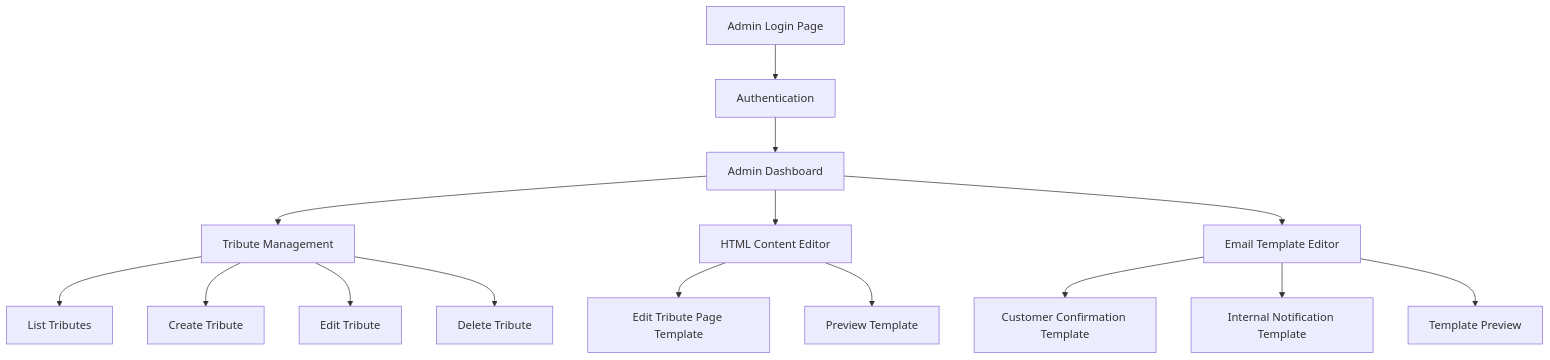
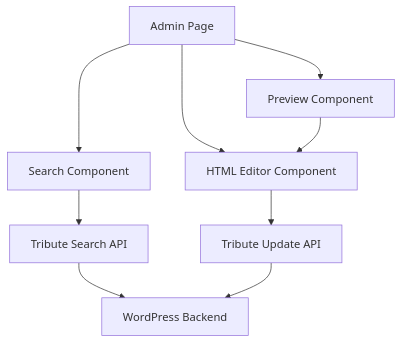
Before and after one commit to TimeMachine1994/TributetreamWebV1: the diagram in tributestream-admin-implementation-plan.md, drawn with Mermaid. The commit also changed other lines of this file and 9 other files, not shown here.

````diff
--- a/tributestream-admin-implementation-plan.md
+++ b/tributestream-admin-implementation-plan.md
@@ -9,20 +14,11 @@
 ```mermaid
-graph TD
-    A[Admin Login Page] --> B[Authentication]
-    B --> C[Admin Dashboard]
-    C --> D[Tribute Management]
-    C --> E[HTML Content Editor]
-    C --> F[Email Template Editor]
-    
-    D --> D1[List Tributes]
-    D --> D2[Create Tribute]
-    D --> D3[Edit Tribute]
-    D --> D4[Delete Tribute]
-    
-    E --> E1[Edit Tribute Page Template]
-    E --> E2[Preview Template]
-    
-    F --> F1[Customer Confirmation Template]
-    F --> F2[Internal Notification Template]
-    F --> F3[Template Preview]
+flowchart TD
+    A[Admin Page] --> B[Search Component]
+    A --> C[HTML Editor Component]
+    A --> D[Preview Component]
+    B --> E[Tribute Search API]
+    C --> F[Tribute Update API]
+    D --> C
+    E --> G[WordPress Backend]
+    F --> G
 ```
````
